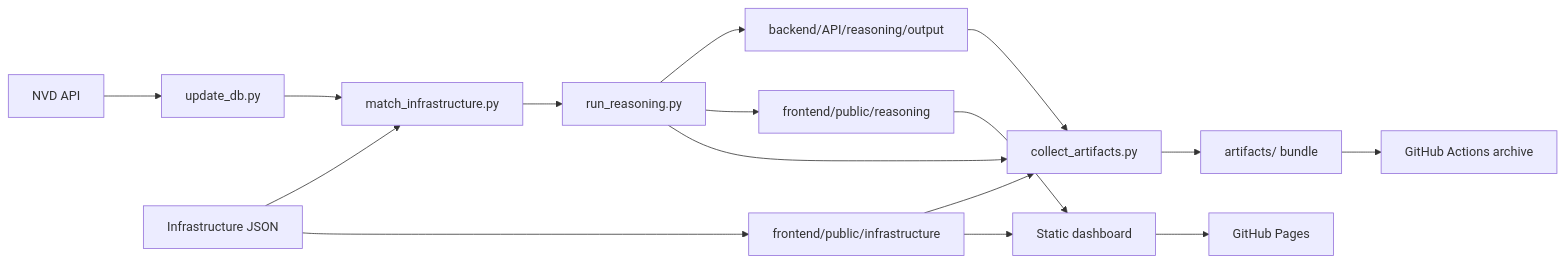
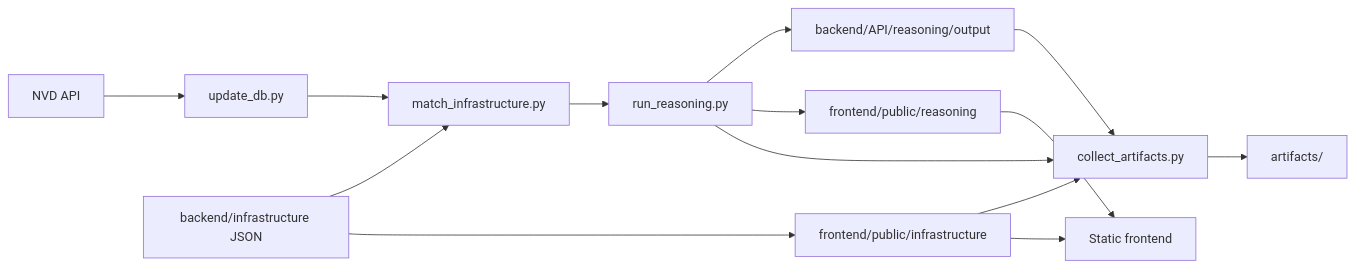
One commit to Dun3AAU/Data-Engineering-MLOps-Exam changed the diagram in README.md. Above: the diagram before and after it, drawn with Mermaid. The commit also changed other lines of this file and 18 other files, not shown here.

````diff
--- a/README.md
+++ b/README.md
@@ -25,18 +19,16 @@
 ```mermaid
 flowchart LR
-	A[NVD API] --> B[update_db.py]
-	C[Infrastructure JSON] --> D[match_infrastructure.py]
-	B --> D
-	D --> E[run_reasoning.py]
-	E --> F[backend/API/reasoning/output]
-	E --> G[frontend/public/reasoning]
-	C --> H[frontend/public/infrastructure]
-	E --> I[collect_artifacts.py]
-	H --> I
-	F --> I
-	I --> J[artifacts/ bundle]
-	G --> K[Static dashboard]
-	H --> K
-	J --> L[GitHub Actions archive]
-	K --> M[GitHub Pages]
+    A[NVD API] --> B[update_db.py]
+    C[backend/infrastructure JSON] --> D[match_infrastructure.py]
+    B --> D
+    D --> E[run_reasoning.py]
+    E --> F[backend/API/reasoning/output]
+    E --> G[frontend/public/reasoning]
+    C --> H[frontend/public/infrastructure]
+    E --> I[collect_artifacts.py]
+    H --> I
+    F --> I
+    I --> J[artifacts/]
+    G --> K[Static frontend]
+    H --> K
 ```
````
